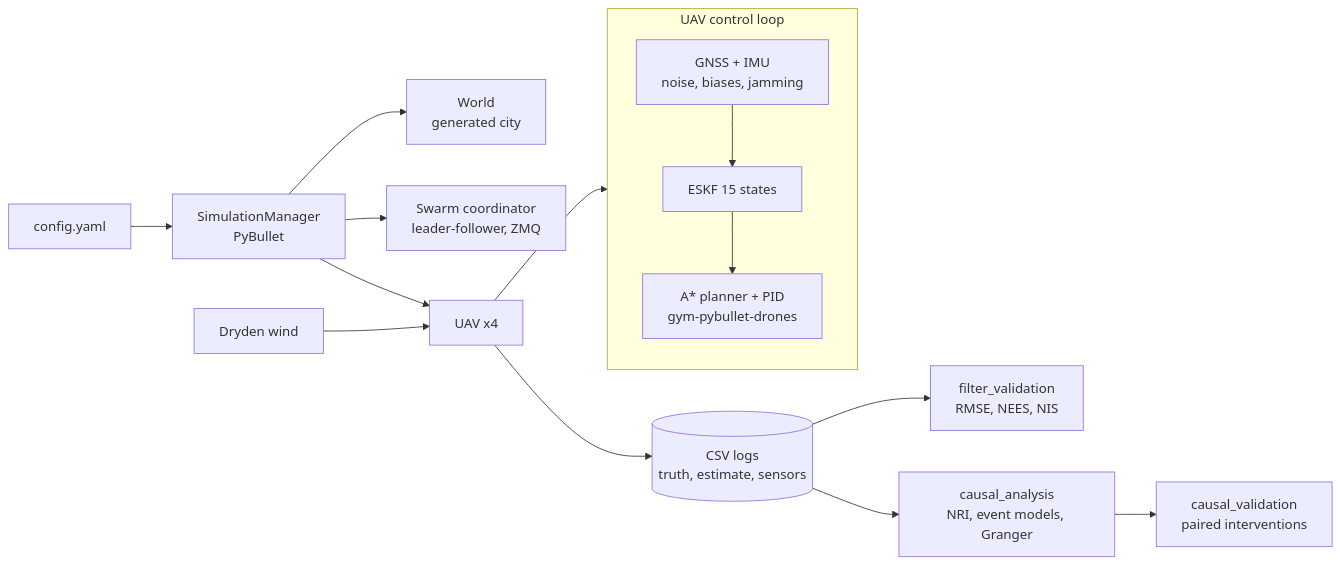
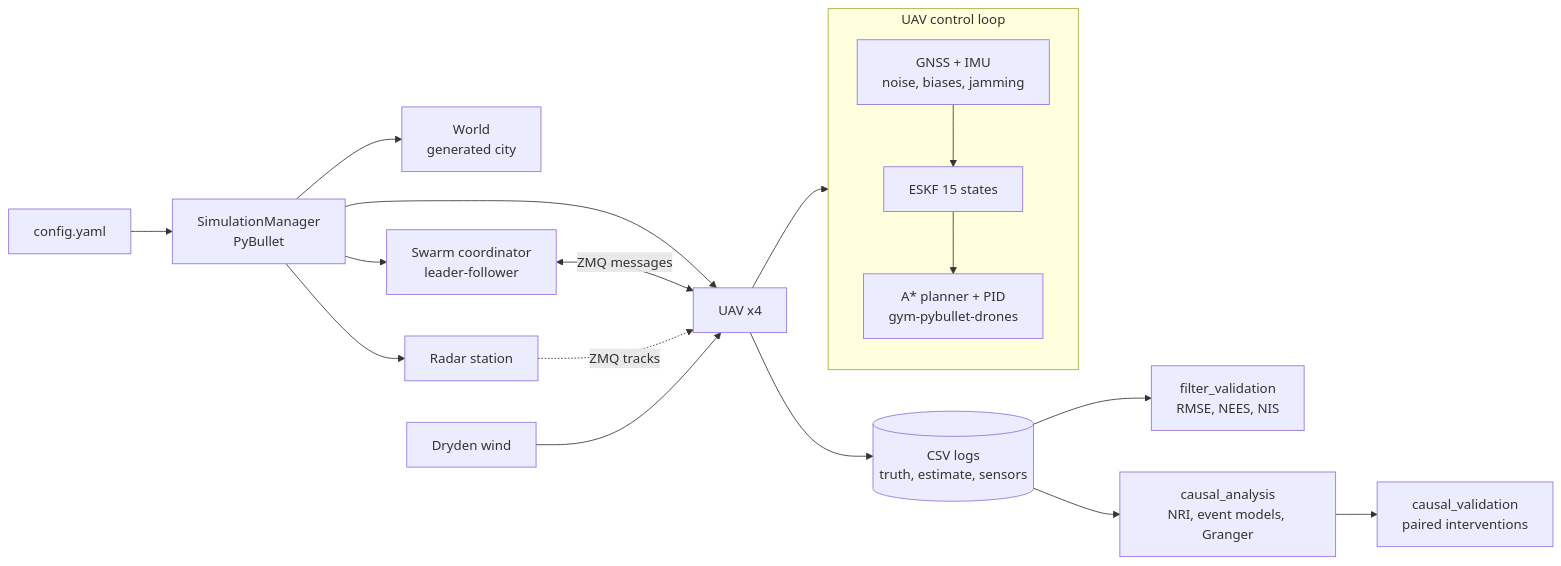
Before and after one commit to adrian-ujkaj/causal_inference_sim1: the diagram in README.md, drawn with Mermaid. The commit also changed other lines of this file and 1 other file, not shown here.

Commit message:
README: add simulation demo, architecture first, simulator and communication overview

````diff
--- a/README.md
+++ b/README.md
@@ -63,17 +30,20 @@
 ```mermaid
 flowchart LR
     cfg[config.yaml] --> sim[SimulationManager<br/>PyBullet]
     sim --> world[World<br/>generated city]
-    sim --> swarm[Swarm coordinator<br/>leader-follower, ZMQ]
+    sim --> swarm[Swarm coordinator<br/>leader-follower]
     sim --> uav[UAV x4]
+    sim --> radar[Radar station]
+    swarm <-- "ZMQ messages" --> uav
+    radar -. "ZMQ tracks" .-> uav
     subgraph uav_loop [UAV control loop]
         sens[GNSS + IMU<br/>noise, biases, jamming] --> eskf[ESKF 15 states]
         eskf --> ctrl[A* planner + PID<br/>gym-pybullet-drones]
     end
     uav --> uav_loop
     wind[Dryden wind] --> uav
     uav --> logs[(CSV logs<br/>truth, estimate, sensors)]
     logs --> fv[filter_validation<br/>RMSE, NEES, NIS]
     logs --> ca[causal_analysis<br/>NRI, event models, Granger]
     ca --> cv[causal_validation<br/>paired interventions]
 ```
````
